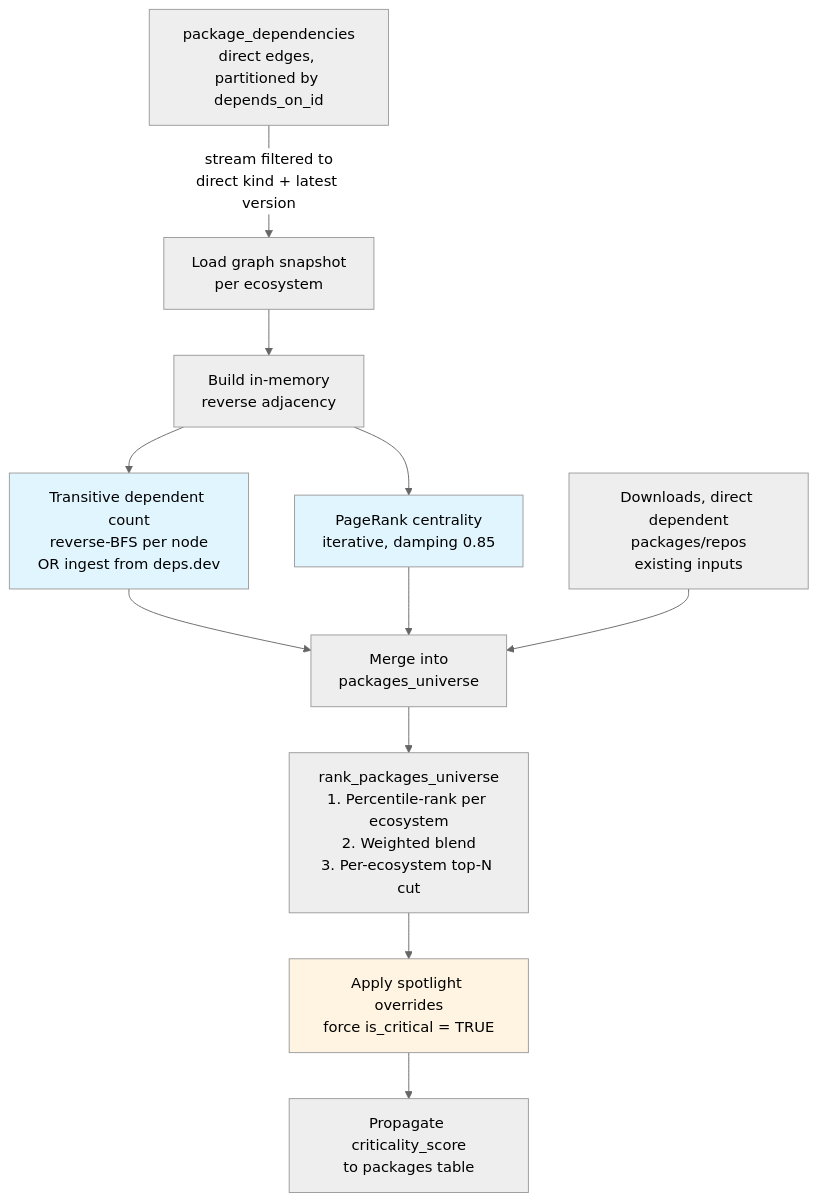
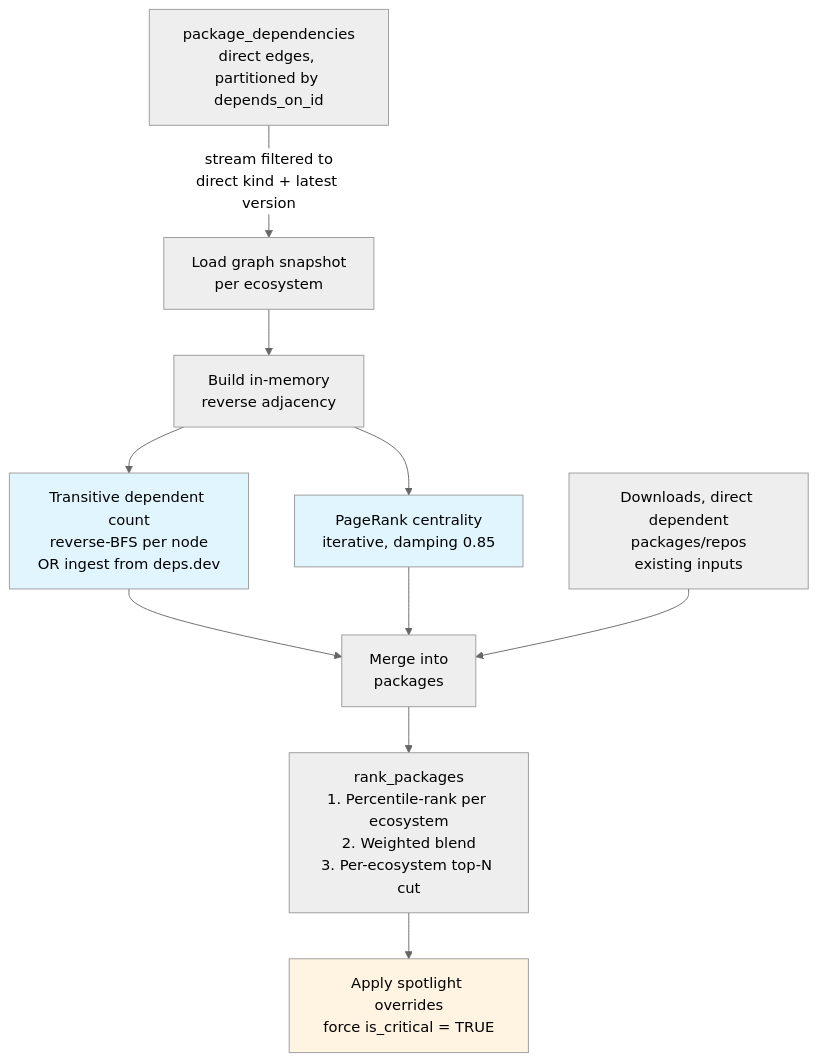
The diagram in docs/adr/0001-oss-packages-design-decisions.md (linuxfoundation/crowd.dev), drawn with Mermaid (neutral theme) before and after one commit. The commit also changed other lines of this file, not shown here.

Commit message:
chore: adr update for packages_universe deprecation

````diff
--- a/docs/adr/0001-oss-packages-design-decisions.md
+++ b/docs/adr/0001-oss-packages-design-decisions.md
@@ -184,17 +184,16 @@
 ```mermaid
 flowchart TD
     A[package_dependencies<br/>direct edges, partitioned by depends_on_id] -->|stream filtered to<br/>direct kind + latest version| B[Load graph snapshot<br/>per ecosystem]
     B --> C[Build in-memory<br/>reverse adjacency]
     C --> D[Transitive dependent count<br/>reverse-BFS per node<br/>OR ingest from deps.dev]
     C --> E[PageRank centrality<br/>iterative, damping 0.85]
-    D --> F[Merge into<br/>packages_universe]
+    D --> F[Merge into<br/>packages]
     E --> F
     G[Downloads, direct dependent<br/>packages/repos<br/>existing inputs] --> F
-    F --> H[rank_packages_universe<br/>1. Percentile-rank per ecosystem<br/>2. Weighted blend<br/>3. Per-ecosystem top-N cut]
+    F --> H[rank_packages<br/>1. Percentile-rank per ecosystem<br/>2. Weighted blend<br/>3. Per-ecosystem top-N cut]
     H --> I[Apply spotlight overrides<br/>force is_critical = TRUE]
-    I --> J[Propagate criticality_score<br/>to packages table]
 
     style D fill:#e1f5ff
     style E fill:#e1f5ff
     style I fill:#fff4e1
 ```
````
